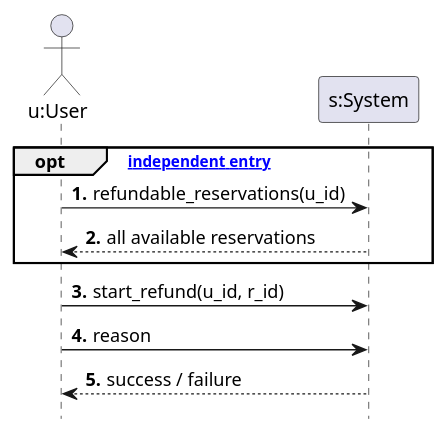
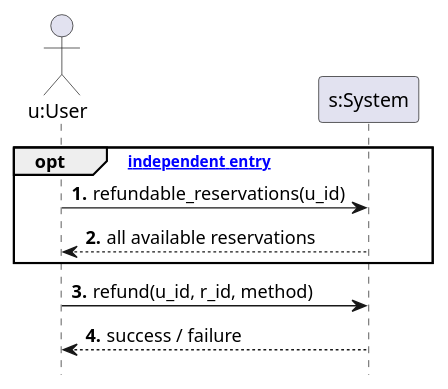
The diagram in doc/analysis/ssd3.puml (Deuchier/flight_manager_V1), drawn with PlantUML before and after one commit. The commit also changed 6 other files, not shown here.

```diff
--- a/doc/analysis/ssd3.puml
+++ b/doc/analysis/ssd3.puml
@@ -1,20 +1,19 @@
 @startuml
 
 hide footbox
 autonumber "<b>##."
 
 actor "u:User" as U
 participant "s:System" as S
 
 opt ["independent entry"]
 U -> S : refundable_reservations(u_id)
 U <-- S : all available reservations
 end
-U -> S : start_refund(u_id, r_id)
-U -> S : reason
+U -> S : refund(u_id, r_id, method)
 U <-- S : success / failure
 
 
 
 
 @enduml
```
